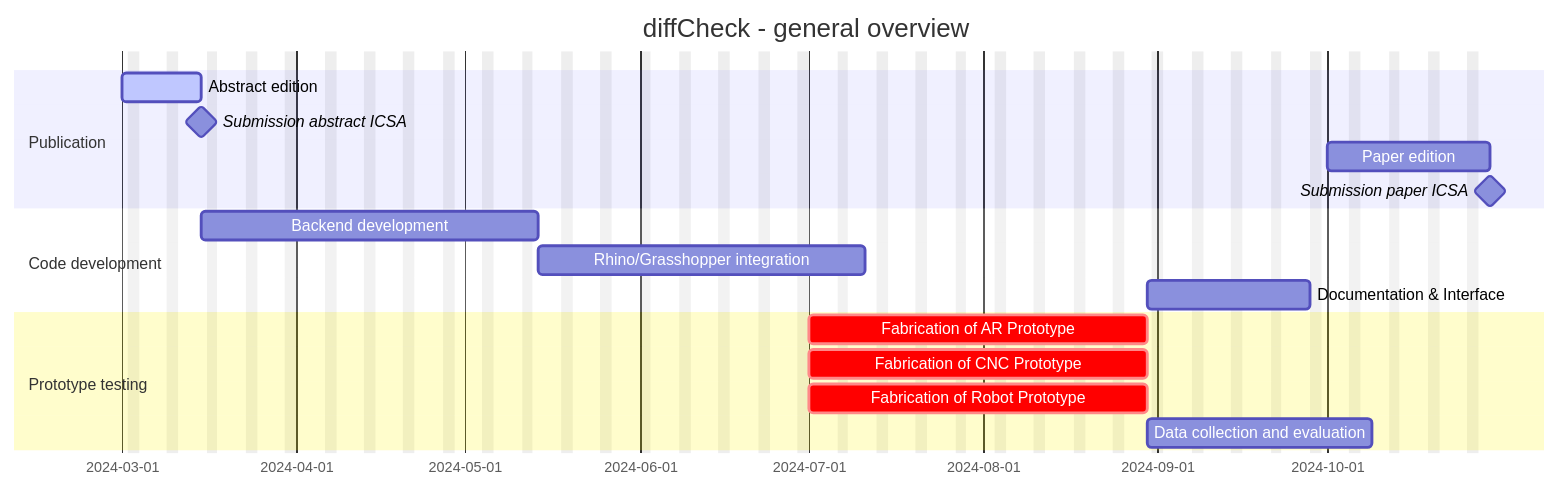
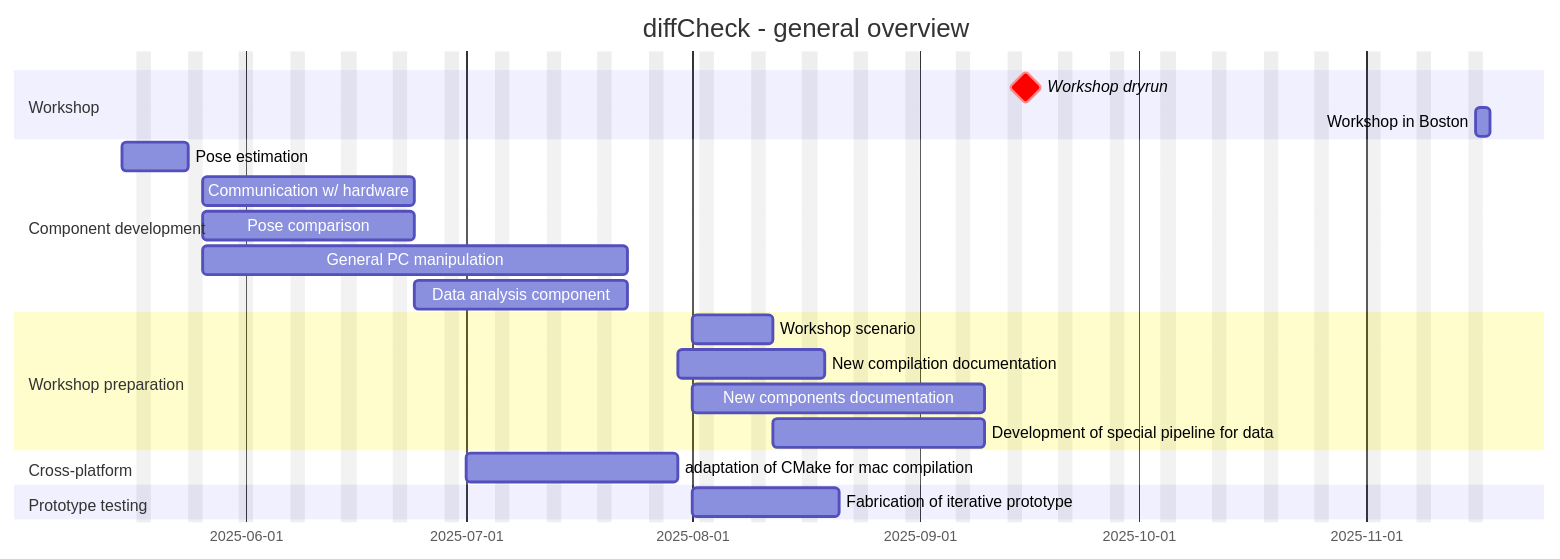
Before and after one commit to diffCheckOrg/diffCheck: the diagram in README.md, drawn with Mermaid.

Commit message:
feat-wip: tentative planning added for DF2 development - TBD

````diff
--- a/README.md
+++ b/README.md
@@ -61,23 +61,29 @@
 ```mermaid
 gantt
     dateFormat  YYYY-MM-DD
     title       diffCheck - general overview
     excludes    weekends
 
-    section Publication
-    Abstract edition                    :active, absed, 2024-03-01, 2024-03-15
-    Submission abstract ICSA            :milestone, icsaabs, 2024-03-15, 0d
-    Paper edition                       :paperd, 2024-10-01, 2024-10-30
-    Submission paper ICSA               :milestone, icsapap, 2024-10-30, 0d
+    section Workshop
+    Workshop dryrun                         :milestone, crit, dryrun, 2025-09-15, 1d
+    Workshop in Boston                      :workshop, 2025-11-16, 2d
 
-    section Code development
-    Backend development                 :backenddev, after icsaabs, 6w
-    Rhino/Grasshopper integration       :rhghinteg, after backenddev, 6w
-    Documentation & Interface           :docuint, after fabar, 3w
+    section Component development
+    Pose estimation                         :CD1, 2025-05-15, 1w
+    Communication w/ hardware               :CD2, after CD1, 3w
+    Pose comparison                         :CD3, after CD1, 3w
+    General PC manipulation                 :CD4, after CD1, 6w
+    Data analysis component                 :CD5, after CD3, 3w
+
+    section Workshop preparation
+    Workshop scenario                       :doc1, 2025-08-01, 1w
+    New compilation documentation           :doc2, after mac, 2w
+    New components documentation            :doc2, 2025-08-01, 4w
+    Development of special pipeline for data:doc3, after doc1, 3w
+
+    section Cross-platform
+    adaptation of CMake for mac compilation :mac, 2025-07-01, 3w
 
     section Prototype testing
-    Fabrication of AR Prototype         :crit, fabar, 2024-07-01, 2024-08-30
-    Fabrication of CNC Prototype        :crit, fabcnc, 2024-07-01, 2024-08-30
-    Fabrication of Robot Prototype      :crit, fabrob, 2024-07-01, 2024-08-30
-    Data collection and evaluation      :dataeval, after fabrob, 4w
+    Fabrication of iterative prototype      :fab, 2025-08-01, 2w
 ```
````
